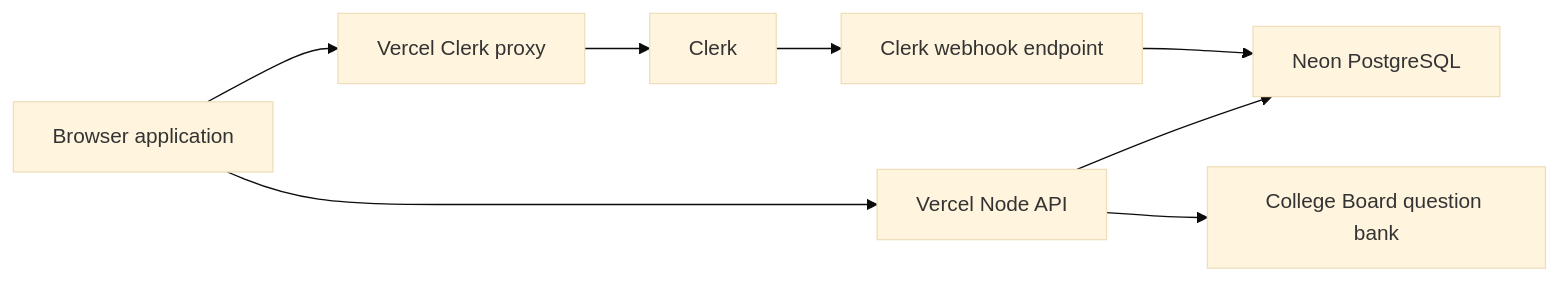
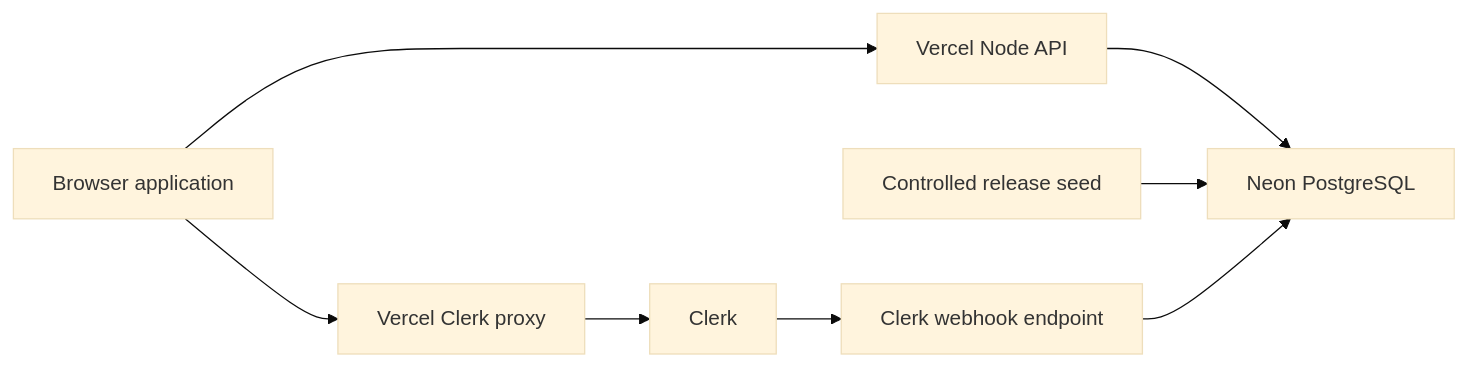
Before and after one commit to Developer-Ahmed/sat-prep-vercel: the diagram in docs/ARCHITECTURE.md, drawn with Mermaid (base theme). The commit also changed other lines of this file and 49 other files, not shown here.

````diff
--- a/docs/ARCHITECTURE.md
+++ b/docs/ARCHITECTURE.md
@@ -11,10 +11,10 @@
 ```mermaid
 flowchart LR
   Browser[Browser application] --> ClerkProxy[Vercel Clerk proxy]
   ClerkProxy --> Clerk[Clerk]
   Browser --> API[Vercel Node API]
   API --> Neon[Neon PostgreSQL]
-  API --> CollegeBoard[College Board question bank]
+  Release[Controlled release seed] --> Neon
   Clerk --> Webhook[Clerk webhook endpoint]
   Webhook --> Neon
 ```
````
